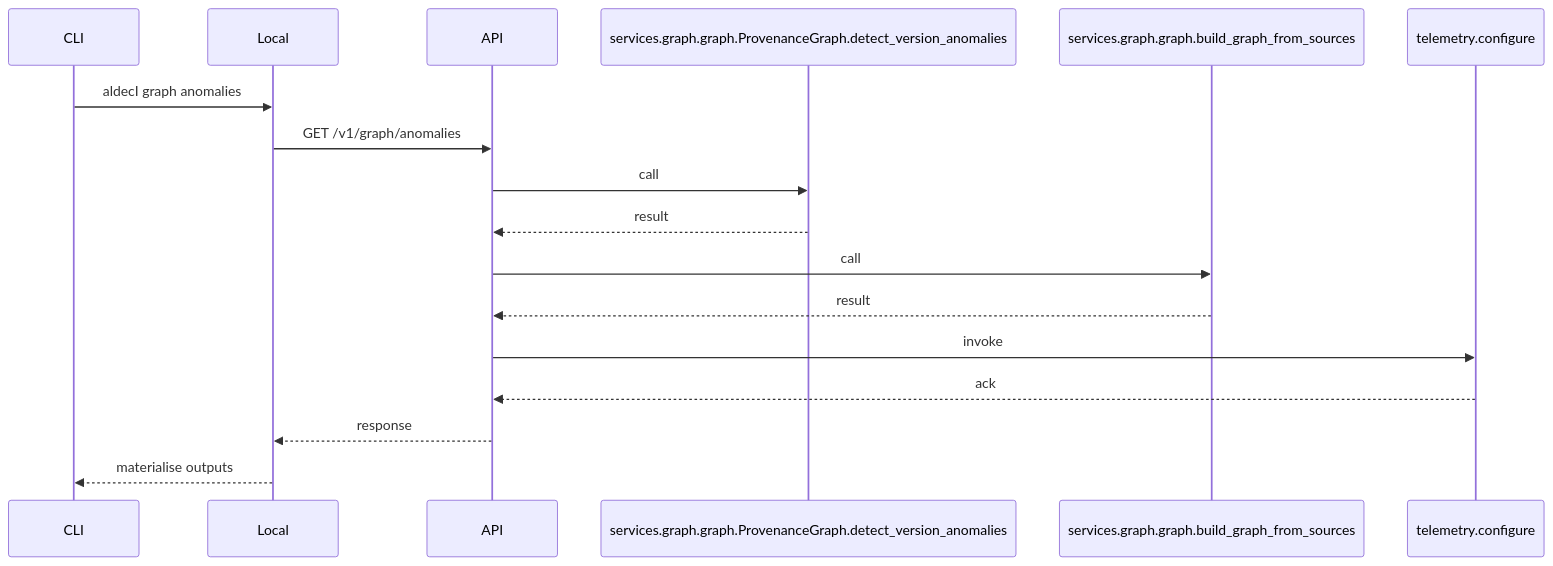
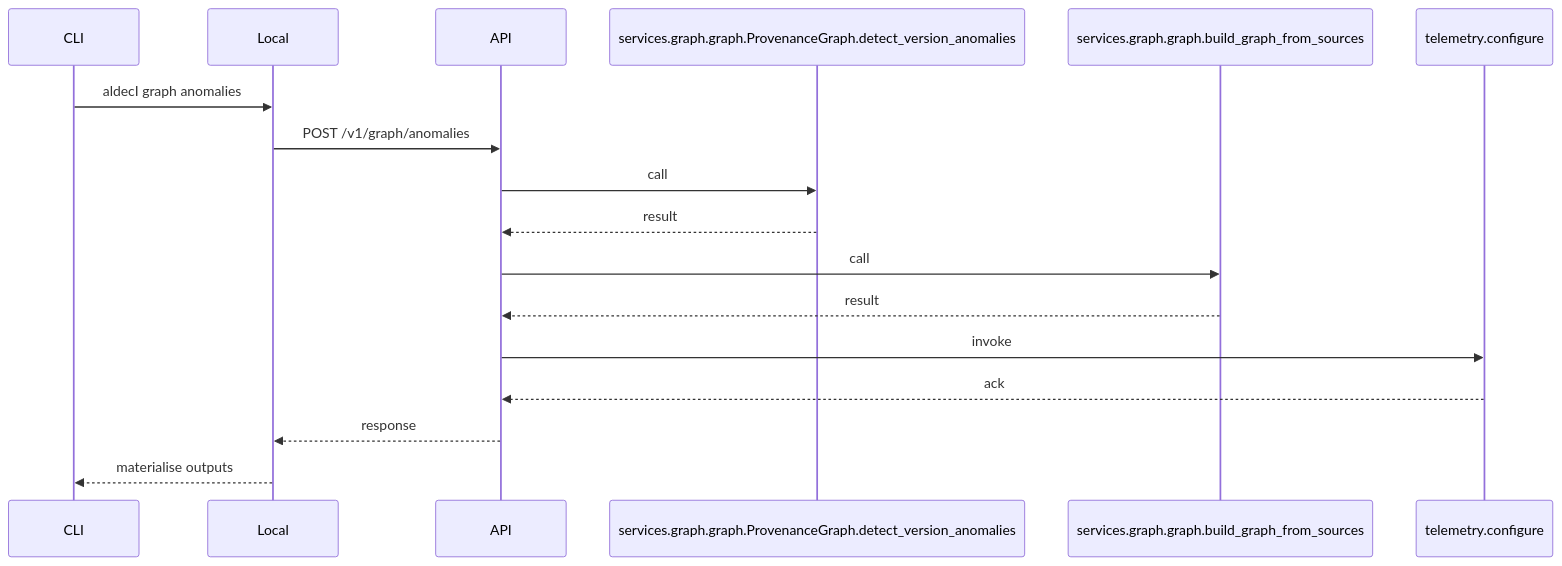
One commit to DevOpsMadDog/Aldeci changed the diagram in docs/diagrams/seq_graph_anomalies.mmd. Above: the diagram before and after it, drawn with Mermaid. The commit also changed 13 other files, not shown here.

Commit message:
chore(graph): use POST semantics and refresh docs

```diff
--- a/docs/diagrams/seq_graph_anomalies.mmd
+++ b/docs/diagrams/seq_graph_anomalies.mmd
@@ -1,17 +1,17 @@
 sequenceDiagram
     participant CLI
     participant Local
     participant API
     CLI->>Local: aldecI graph anomalies
-    Local->>API: GET /v1/graph/anomalies
-    participant S990766 as services.graph.graph.ProvenanceGraph.detect_version_anomalies
-    API->>S990766: call
-    S990766-->>API: result
-    participant S206271 as services.graph.graph.build_graph_from_sources
-    API->>S206271: call
-    S206271-->>API: result
-    participant I870404 as telemetry.configure
-    API->>I870404: invoke
-    I870404-->>API: ack
+    Local->>API: POST /v1/graph/anomalies
+    participant S605255 as services.graph.graph.ProvenanceGraph.detect_version_anomalies
+    API->>S605255: call
+    S605255-->>API: result
+    participant S518151 as services.graph.graph.build_graph_from_sources
+    API->>S518151: call
+    S518151-->>API: result
+    participant I283076 as telemetry.configure
+    API->>I283076: invoke
+    I283076-->>API: ack
     API-->>Local: response
     Local-->>CLI: materialise outputs
```
